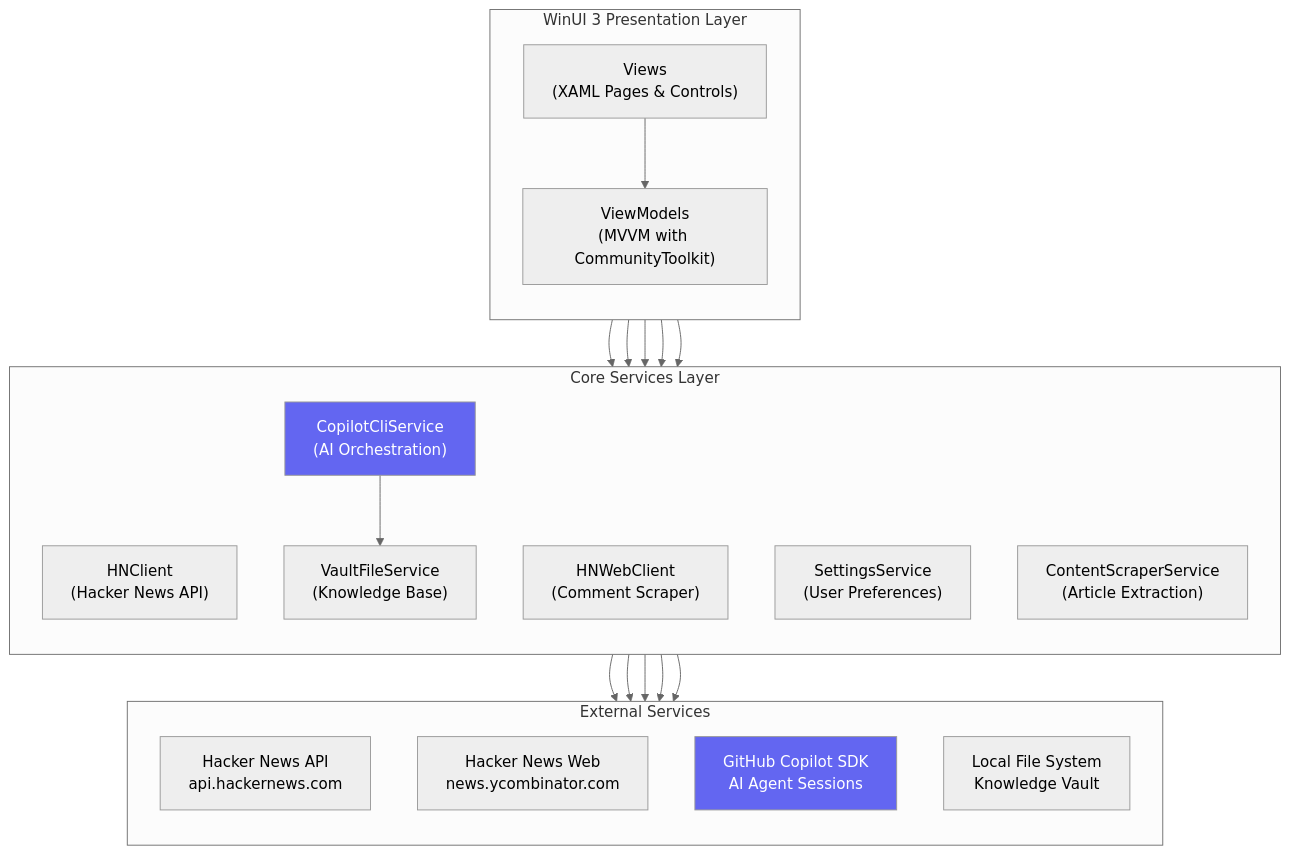
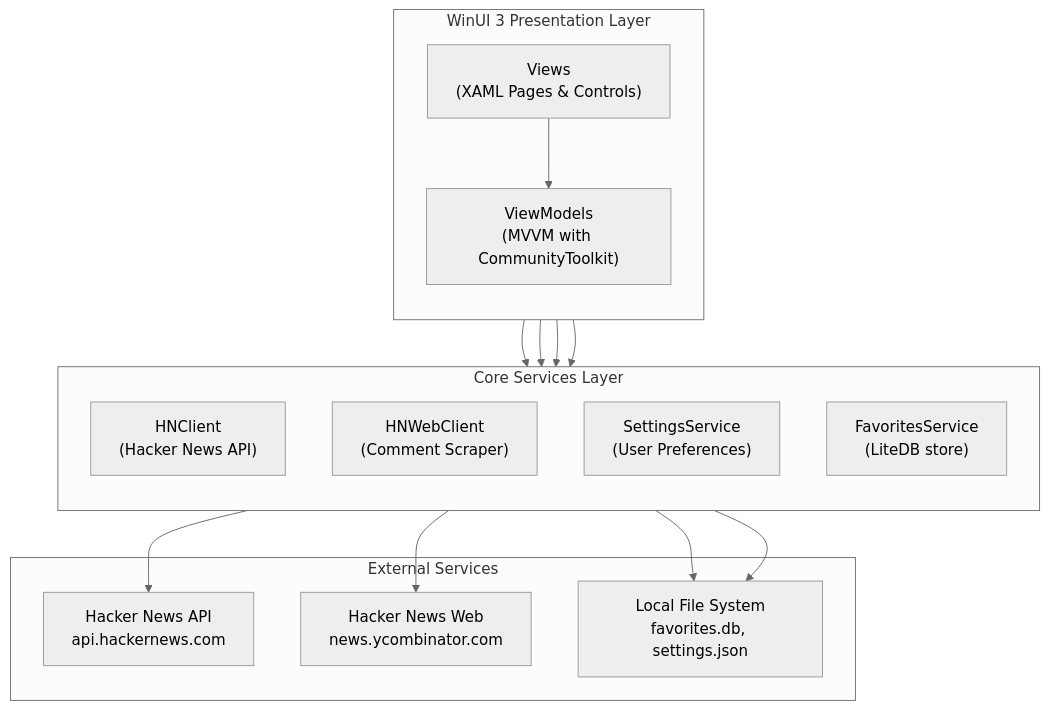
Before and after one commit to ZadokJoshua/hn-reader: the diagram in README.md, drawn with Mermaid (neutral theme). The commit also changed other lines of this file and 148 other files, not shown here.

````diff
--- a/README.md
+++ b/README.md
@@ -26,43 +23,33 @@
 ```mermaid
 flowchart TB
     subgraph UI["WinUI 3 Presentation Layer"]
         direction TB
         Views["Views<br/>(XAML Pages & Controls)"]
         ViewModels["ViewModels<br/>(MVVM with CommunityToolkit)"]
         Views --> ViewModels
     end
 
     subgraph Core["Core Services Layer"]
         direction TB
         HNClient["HNClient<br/>(Hacker News API)"]
         HNWebClient["HNWebClient<br/>(Comment Scraper)"]
-        CopilotService["CopilotCliService<br/>(AI Orchestration)"]
-        VaultService["VaultFileService<br/>(Knowledge Base)"]
         SettingsService["SettingsService<br/>(User Preferences)"]
-        ContentScraper["ContentScraperService<br/>(Article Extraction)"]
+        FavoritesService["FavoritesService<br/>(LiteDB store)"]
     end
 
     subgraph External["External Services"]
-        direction TB
         HNAPI["Hacker News API<br/>api.hackernews.com"]
         HNWeb["Hacker News Web<br/>news.ycombinator.com"]
-        CopilotSDK["GitHub Copilot SDK<br/>AI Agent Sessions"]
-        FileSystem["Local File System<br/>Knowledge Vault"]
+        LocalFS["Local File System<br/>favorites.db, settings.json"]
     end
 
     ViewModels --> HNClient
     ViewModels --> HNWebClient
-    ViewModels --> CopilotService
-    ViewModels --> VaultService
-    ViewModels --> ContentScraper
+    ViewModels --> SettingsService
+    ViewModels --> FavoritesService
 
     HNClient --> HNAPI
     HNWebClient --> HNWeb
-    ContentScraper --> HNWeb
-    CopilotService --> CopilotSDK
-    CopilotService --> VaultService
-    VaultService --> FileSystem
-
-    style CopilotSDK fill:#6366f1,color:#fff
-    style CopilotService fill:#6366f1,color:#fff
+    SettingsService --> LocalFS
+    FavoritesService --> LocalFS
 ```
````
